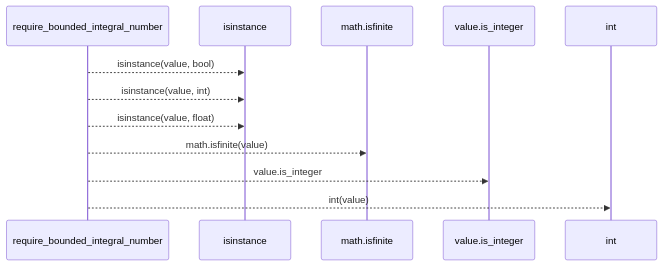
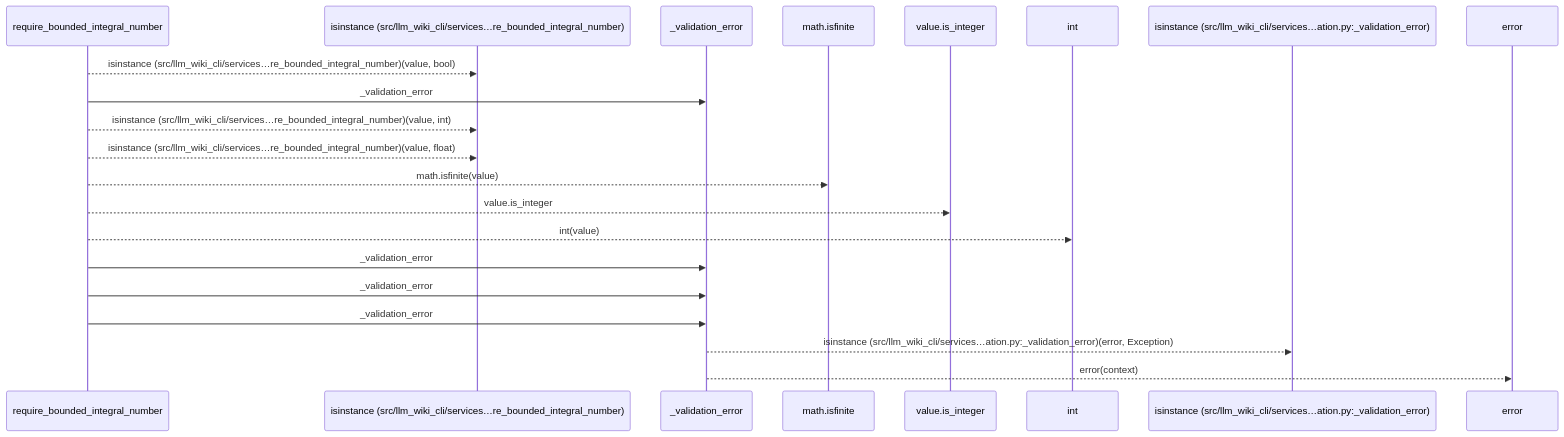
One commit to Denissvgn/python-wiki-llm changed the first of 2 diagrams in docs/llm_wiki/flows/api-require_bounded_integral_number.md. Above: the diagram before and after it, drawn with Mermaid. The commit also changed other lines of this file and 627 other files, not shown here.

````diff
--- a/docs/llm_wiki/flows/api-require_bounded_integral_number.md
+++ b/docs/llm_wiki/flows/api-require_bounded_integral_number.md
@@ -12,14 +12,23 @@
 ```mermaid
 sequenceDiagram
     participant p0 as require_bounded_integral_number
-    participant p1 as isinstance
-    participant p2 as math.isfinite
-    participant p3 as value.is_integer
-    participant p4 as int
-    p0-->>p1: isinstance(value, bool)
-    p0-->>p1: isinstance(value, int)
-    p0-->>p1: isinstance(value, float)
-    p0-->>p2: math.isfinite(value)
-    p0-->>p3: value.is_integer
-    p0-->>p4: int(value)
+    participant p1 as isinstance (src/llm_wiki_cli/services…re_bounded_integral_number)
+    participant p2 as _validation_error
+    participant p3 as math.isfinite
+    participant p4 as value.is_integer
+    participant p5 as int
+    participant p6 as isinstance (src/llm_wiki_cli/services…ation.py:_validation_error)
+    participant p7 as error
+    p0-->>p1: isinstance (src/llm_wiki_cli/services…re_bounded_integral_number)(value, bool)
+    p0->>p2: _validation_error
+    p0-->>p1: isinstance (src/llm_wiki_cli/services…re_bounded_integral_number)(value, int)
+    p0-->>p1: isinstance (src/llm_wiki_cli/services…re_bounded_integral_number)(value, float)
+    p0-->>p3: math.isfinite(value)
+    p0-->>p4: value.is_integer
+    p0-->>p5: int(value)
+    p0->>p2: _validation_error
+    p0->>p2: _validation_error
+    p0->>p2: _validation_error
+    p2-->>p6: isinstance (src/llm_wiki_cli/services…ation.py:_validation_error)(error, Exception)
+    p2-->>p7: error(context)
 ```
````
